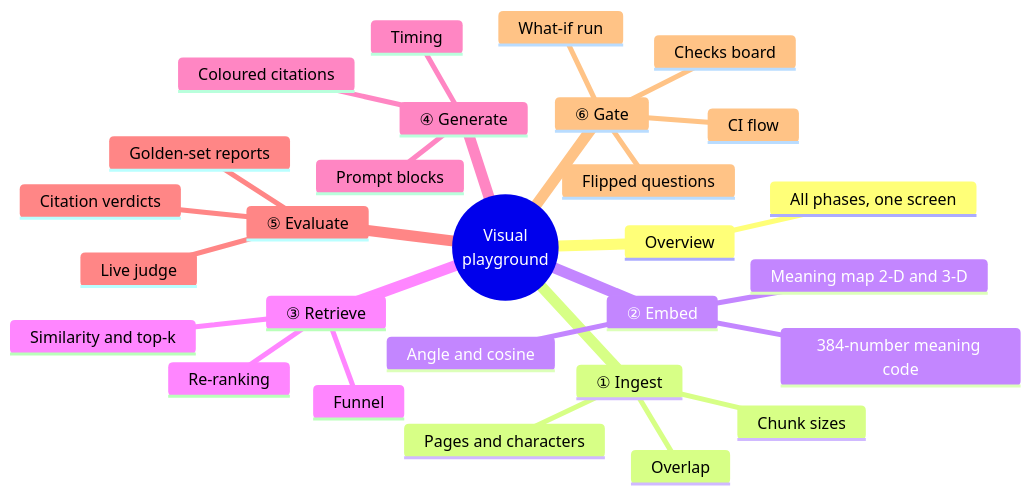
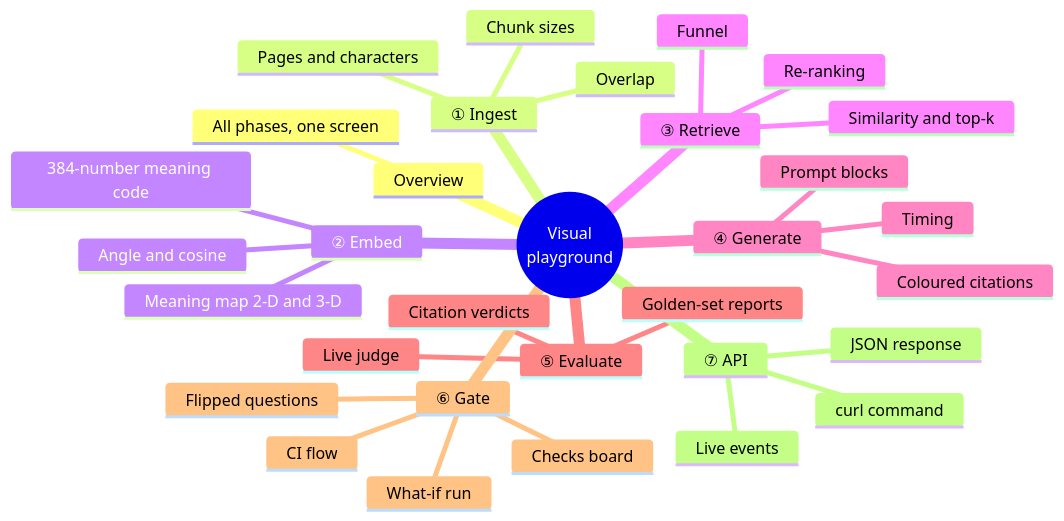
The first of 8 diagrams in docs/learning/playground.md (mjunedalam/rag-eval-platform), drawn with Mermaid before and after one commit. The commit also changed other lines of this file and 41 other files, not shown here.

````diff
--- a/docs/learning/playground.md
+++ b/docs/learning/playground.md
@@ -11,31 +11,35 @@
 ```mermaid
 mindmap
   root((Visual<br/>playground))
     Overview
       All phases, one screen
     ① Ingest
       Pages and characters
       Chunk sizes
       Overlap
     ② Embed
       384-number meaning code
       Meaning map 2-D and 3-D
       Angle and cosine
     ③ Retrieve
       Similarity and top-k
       Funnel
       Re-ranking
     ④ Generate
       Prompt blocks
       Coloured citations
       Timing
     ⑤ Evaluate
       Live judge
       Citation verdicts
       Golden-set reports
     ⑥ Gate
       CI flow
       Checks board
       What-if run
       Flipped questions
+    ⑦ API
+      curl command
+      JSON response
+      Live events
 ```
````
